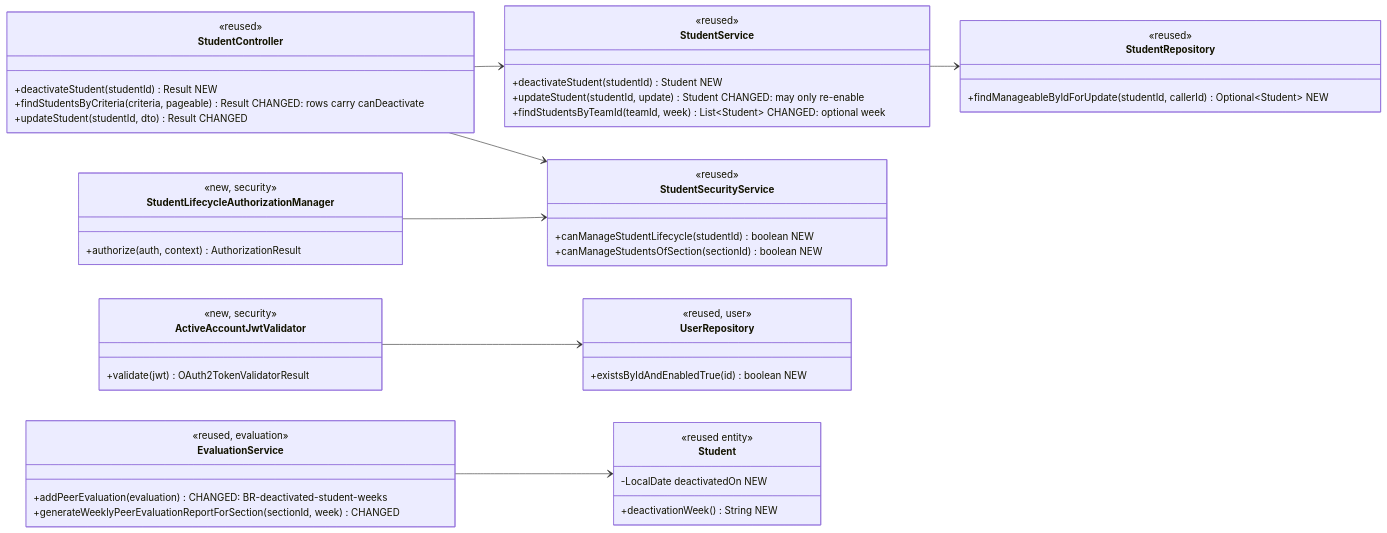
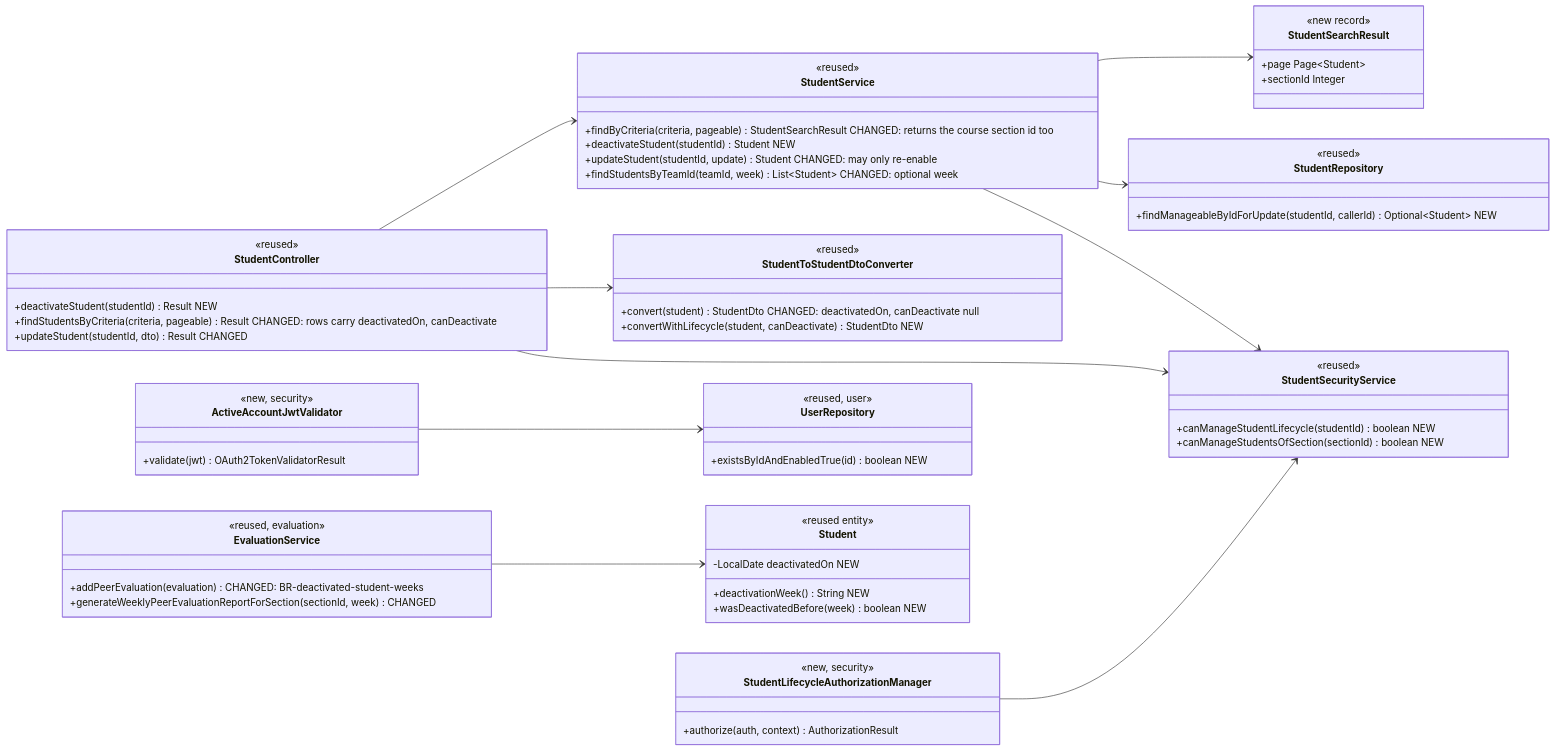
Before and after one commit to kayserver/add-a-use-case: the second of 5 diagrams in docs/design/stu.md, drawn with Mermaid. The commit also changed other lines of this file and 2 other files, not shown here.

Commit message:
docs: trace UC-STU-deactivate-student as built; design-of-record matches the code
traceability.md: the UC row moves to Built / Partial (5a is client-only and
untested) and the FR-SEC-active-account row to Verified. design/stu.md gains
what the build added: StudentSearchResult, convertWithLifecycle,
Student.wasDeactivatedBefore, StudentService -> StudentSecurityService, and
the subquery form of the locking query; notes that no performance tests exist.
OPEN-ISSUES: OI-63 progress (StudentService no longer reads the security context).

````diff
--- a/docs/design/stu.md
+++ b/docs/design/stu.md
@@ -33,53 +33,68 @@
 ```mermaid
 classDiagram
     direction LR
     class StudentController {
         <<reused>>
         +deactivateStudent(studentId) Result NEW
-        +findStudentsByCriteria(criteria, pageable) Result CHANGED: rows carry canDeactivate
+        +findStudentsByCriteria(criteria, pageable) Result CHANGED: rows carry deactivatedOn, canDeactivate
         +updateStudent(studentId, dto) Result CHANGED
     }
     class StudentService {
         <<reused>>
+        +findByCriteria(criteria, pageable) StudentSearchResult CHANGED: returns the course section id too
         +deactivateStudent(studentId) Student NEW
         +updateStudent(studentId, update) Student CHANGED: may only re-enable
         +findStudentsByTeamId(teamId, week) List~Student~ CHANGED: optional week
+    }
+    class StudentSearchResult {
+        <<new record>>
+        +page Page~Student~
+        +sectionId Integer
+    }
+    class StudentToStudentDtoConverter {
+        <<reused>>
+        +convert(student) StudentDto CHANGED: deactivatedOn, canDeactivate null
+        +convertWithLifecycle(student, canDeactivate) StudentDto NEW
     }
     class StudentRepository {
         <<reused>>
         +findManageableByIdForUpdate(studentId, callerId) Optional~Student~ NEW
     }
     class StudentSecurityService {
         <<reused>>
         +canManageStudentLifecycle(studentId) boolean NEW
         +canManageStudentsOfSection(sectionId) boolean NEW
     }
     class StudentLifecycleAuthorizationManager {
         <<new, security>>
         +authorize(auth, context) AuthorizationResult
     }
     class ActiveAccountJwtValidator {
         <<new, security>>
         +validate(jwt) OAuth2TokenValidatorResult
     }
     class UserRepository {
         <<reused, user>>
         +existsByIdAndEnabledTrue(id) boolean NEW
     }
     class Student {
         <<reused entity>>
         -LocalDate deactivatedOn NEW
         +deactivationWeek() String NEW
+        +wasDeactivatedBefore(week) boolean NEW
     }
     class EvaluationService {
         <<reused, evaluation>>
         +addPeerEvaluation(evaluation) CHANGED: BR-deactivated-student-weeks
         +generateWeeklyPeerEvaluationReportForSection(sectionId, week) CHANGED
     }
     StudentController --> StudentService
+    StudentController --> StudentToStudentDtoConverter
+    StudentService --> StudentSearchResult
     StudentService --> StudentRepository
+    StudentService --> StudentSecurityService
     StudentController --> StudentSecurityService
     StudentLifecycleAuthorizationManager --> StudentSecurityService
     ActiveAccountJwtValidator --> UserRepository
     EvaluationService --> Student
 ```
````
